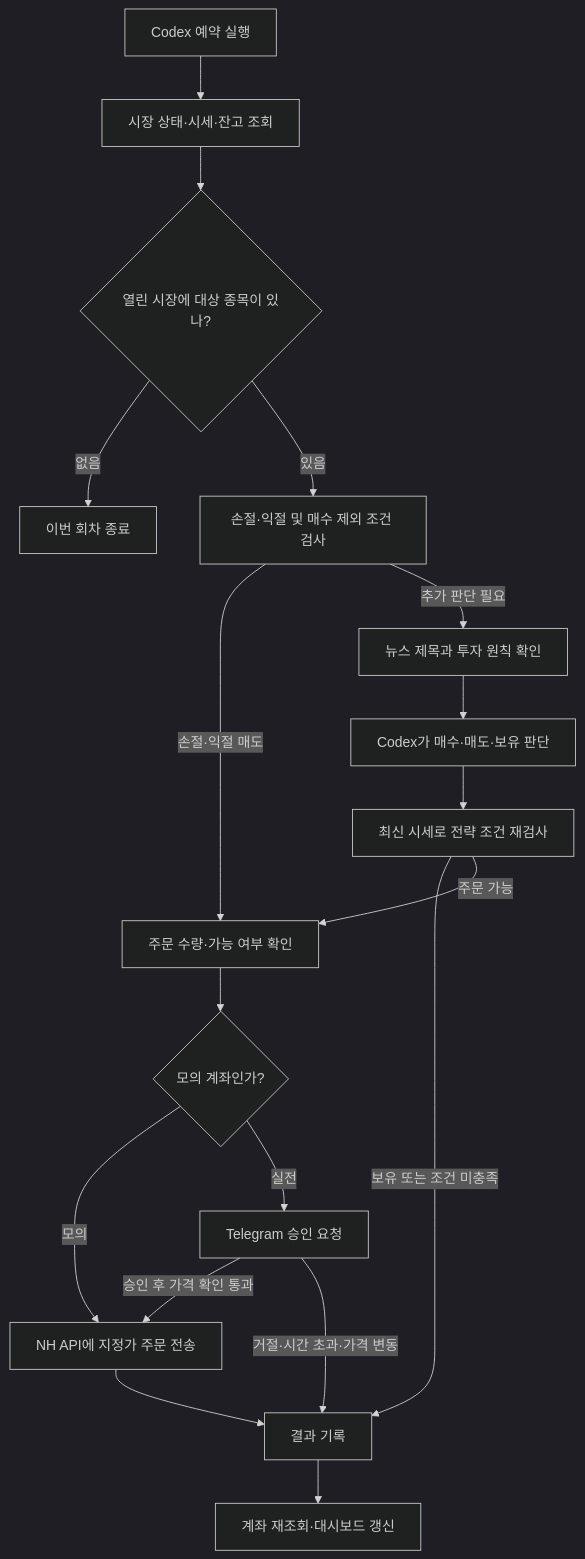
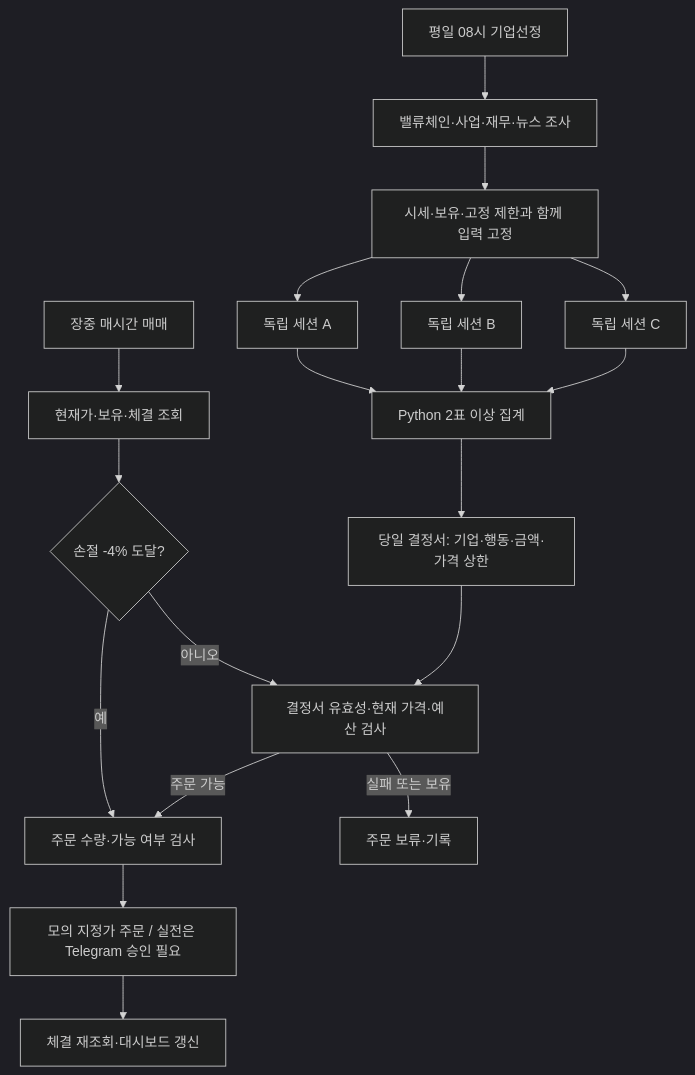
The diagram in README.md (minkwanbaek/aitrading), drawn with Mermaid (dark theme) before and after one commit. The commit also changed other lines of this file and 14 other files, not shown here.

````diff
--- a/README.md
+++ b/README.md
@@ -27,20 +28,21 @@
 ```mermaid
 flowchart TD
-    A[Codex 예약 실행] --> B[시장 상태·시세·잔고 조회]
-    B --> C{열린 시장에 대상 종목이 있나?}
-    C -->|없음| Z[이번 회차 종료]
-    C -->|있음| D[손절·익절 및 매수 제외 조건 검사]
-    D -->|손절·익절 매도| H[주문 수량·가능 여부 확인]
-    D -->|추가 판단 필요| E[뉴스 제목과 투자 원칙 확인]
-    E --> F[Codex가 매수·매도·보유 판단]
-    F --> G[최신 시세로 전략 조건 재검사]
-    G -->|보유 또는 조건 미충족| I[결과 기록]
-    G -->|주문 가능| H
-    H --> J{모의 계좌인가?}
-    J -->|모의| K[NH API에 지정가 주문 전송]
-    J -->|실전| L[Telegram 승인 요청]
-    L -->|승인 후 가격 확인 통과| K
-    L -->|거절·시간 초과·가격 변동| I
-    K --> I
-    I --> M[계좌 재조회·대시보드 갱신]
+    R[평일 08시 기업선정] --> S[밸류체인·사업·재무·뉴스 조사]
+    S --> F[시세·보유·고정 제한과 함께 입력 고정]
+    F --> A[독립 세션 A]
+    F --> B[독립 세션 B]
+    F --> C[독립 세션 C]
+    A --> V[Python 2표 이상 집계]
+    B --> V
+    C --> V
+    V --> P[당일 결정서: 기업·행동·금액·가격 상한]
+    T[장중 매시간 매매] --> L[현재가·보유·체결 조회]
+    L --> K{손절 -4% 도달?}
+    K -->|예| O[주문 수량·가능 여부 검사]
+    K -->|아니오| D[결정서 유효성·현재 가격·예산 검사]
+    P --> D
+    D -->|실패 또는 보유| W[주문 보류·기록]
+    D -->|주문 가능| O
+    O --> N[모의 지정가 주문 / 실전은 Telegram 승인 필요]
+    N --> Q[체결 재조회·대시보드 갱신]
 ```
````
